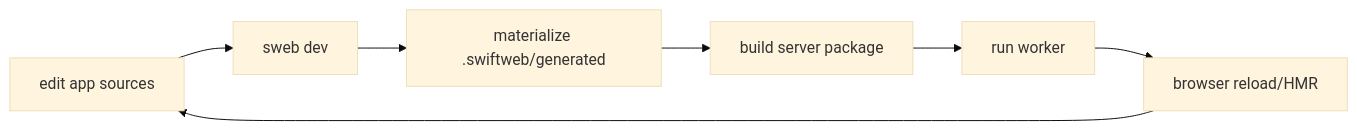
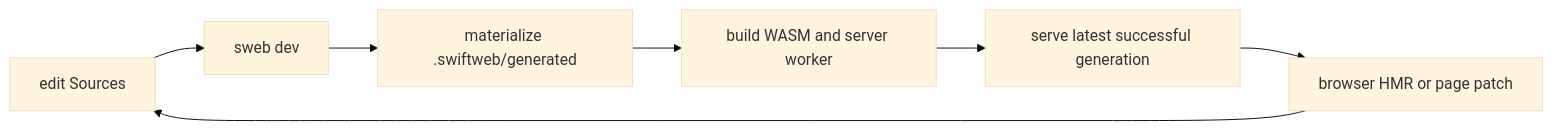
Before and after one commit to 1amageek/swift-web: the second of 2 diagrams in README.md, drawn with Mermaid (base theme). The commit also changed other lines of this file and 30 other files, not shown here.

````diff
--- a/README.md
+++ b/README.md
@@ -691,9 +262,9 @@
 ```mermaid
 flowchart LR
-  A["edit app sources"] --> B["sweb dev"]
-  B --> C["materialize .swiftweb/generated"]
-  C --> D["build server package"]
-  D --> E["run worker"]
-  E --> F["browser reload/HMR"]
-  F --> A
+  Edit["edit Sources"] --> Dev["sweb dev"]
+  Dev --> Prepare["materialize .swiftweb/generated"]
+  Prepare --> Build["build WASM and server worker"]
+  Build --> Serve["serve latest successful generation"]
+  Serve --> HMR["browser HMR or page patch"]
+  HMR --> Edit
 ```
````
